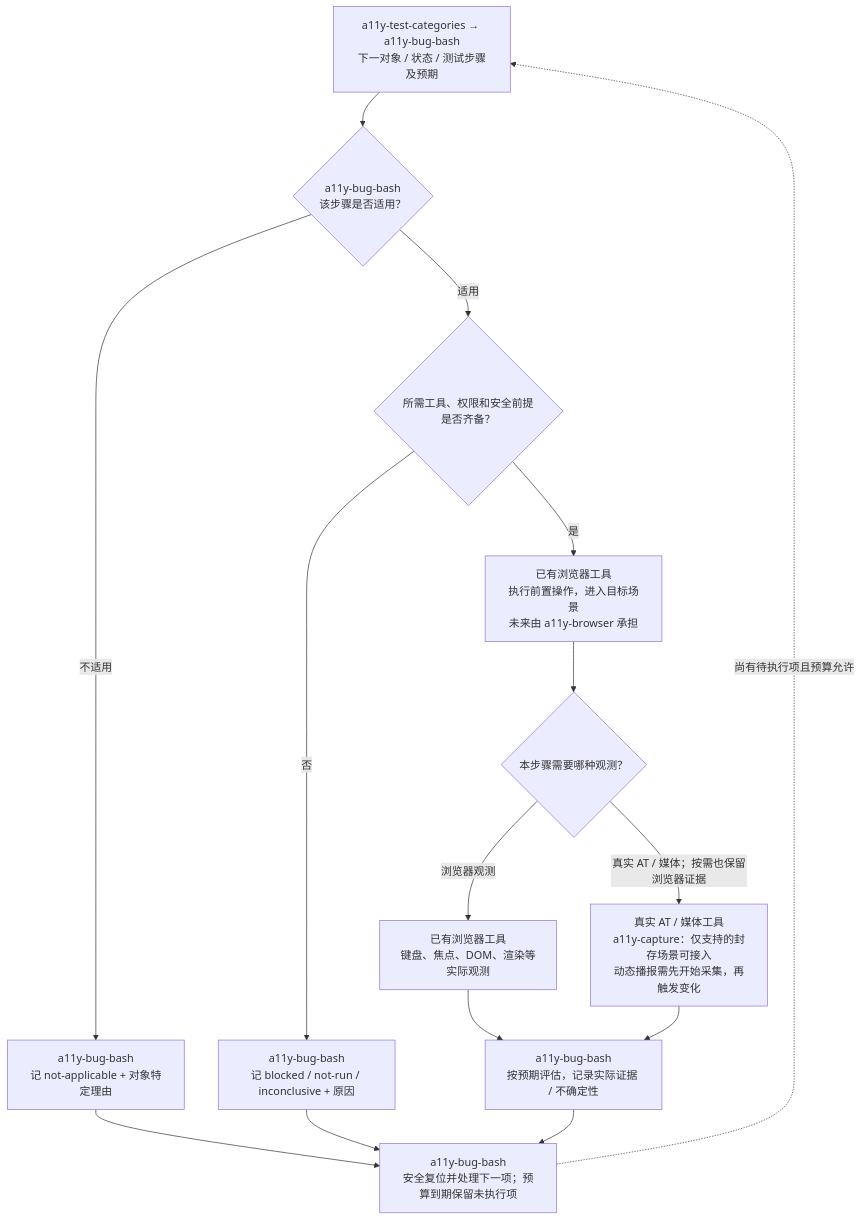
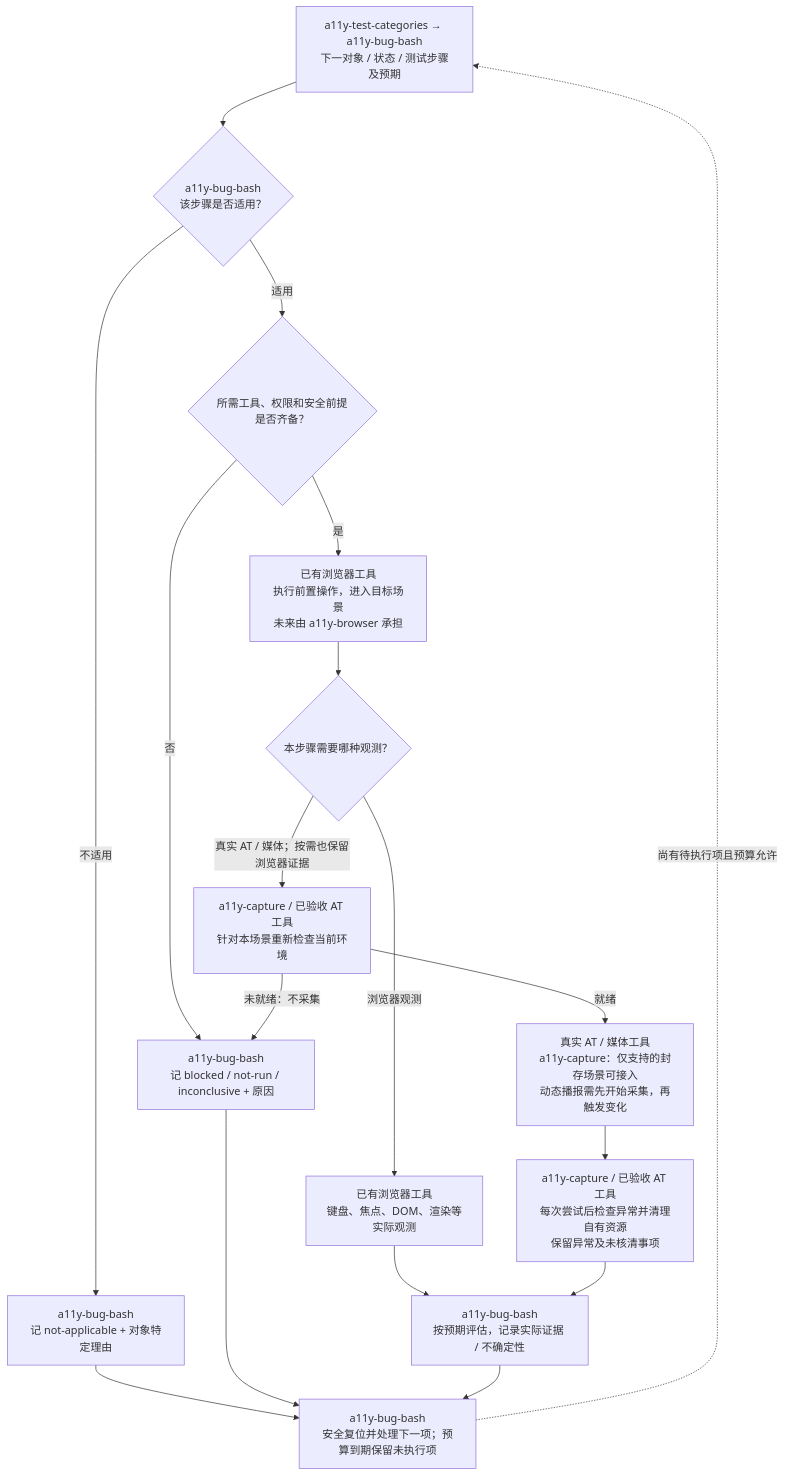
Before and after one commit to kaixun96/dev.A11yAssist: the second of 2 diagrams in docs/BUG-BASH-ARCHITECTURE.zh-CN.md, drawn with Mermaid. The commit also changed other lines of this file and 309 other files, not shown here.

````diff
--- a/docs/BUG-BASH-ARCHITECTURE.zh-CN.md
+++ b/docs/BUG-BASH-ARCHITECTURE.zh-CN.md
@@ -77,23 +76,27 @@
 ```mermaid
 flowchart TD
     C["a11y-test-categories → a11y-bug-bash<br/>下一对象 / 状态 / 测试步骤及预期"]
     Q{"a11y-bug-bash<br/>该步骤是否适用？"}
     N["a11y-bug-bash<br/>记 not-applicable + 对象特定理由"]
     T{"所需工具、权限和安全前提是否齐备？"}
     X["a11y-bug-bash<br/>记 blocked / not-run / inconclusive + 原因"]
     B["已有浏览器工具<br/>执行前置操作，进入目标场景<br/>未来由 a11y-browser 承担"]
     D{"本步骤需要哪种观测？"}
     W["已有浏览器工具<br/>键盘、焦点、DOM、渲染等实际观测"]
+    PRE["a11y-capture / 已验收 AT 工具<br/>针对本场景重新检查当前环境"]
     AT["真实 AT / 媒体工具<br/>a11y-capture：仅支持的封存场景可接入<br/>动态播报需先开始采集，再触发变化"]
+    POST["a11y-capture / 已验收 AT 工具<br/>每次尝试后检查异常并清理自有资源<br/>保留异常及未核清事项"]
     F["a11y-bug-bash<br/>按预期评估，记录实际证据 / 不确定性"]
     L["a11y-bug-bash<br/>安全复位并处理下一项；预算到期保留未执行项"]
     C --> Q
     Q -- "不适用" --> N --> L
     Q -- "适用" --> T
     T -- "否" --> X --> L
     T -- "是" --> B --> D
     D -- "浏览器观测" --> W --> F
-    D -- "真实 AT / 媒体；按需也保留浏览器证据" --> AT --> F
+    D -- "真实 AT / 媒体；按需也保留浏览器证据" --> PRE
+    PRE -- "就绪" --> AT --> POST --> F
+    PRE -- "未就绪：不采集" --> X
     F --> L
     L -. "尚有待执行项且预算允许" .-> C
 ```
````
